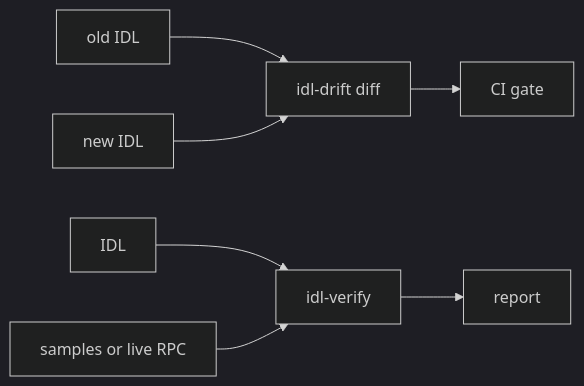
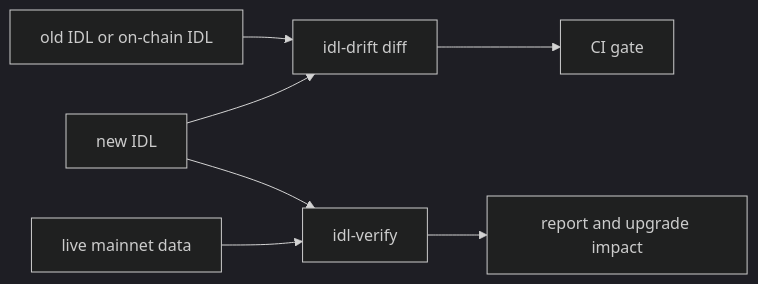
Before and after one commit to senzenn/idl-drift: the diagram in README.md, drawn with Mermaid (dark theme). The commit also changed other lines of this file and 22 other files, not shown here.

````diff
--- a/README.md
+++ b/README.md
@@ -19,9 +50,9 @@
 ```mermaid
 flowchart LR
-    old[old IDL] --> drift[idl-drift diff]
+    old[old IDL or on-chain IDL] --> drift[idl-drift diff]
     new[new IDL] --> drift
     drift --> gate[CI gate]
-    idl[IDL] --> verify[idl-verify]
-    data[samples or live RPC] --> verify
-    verify --> report[report]
+    new --> verify[idl-verify]
+    data[live mainnet data] --> verify
+    verify --> report[report and upgrade impact]
 ```
````
